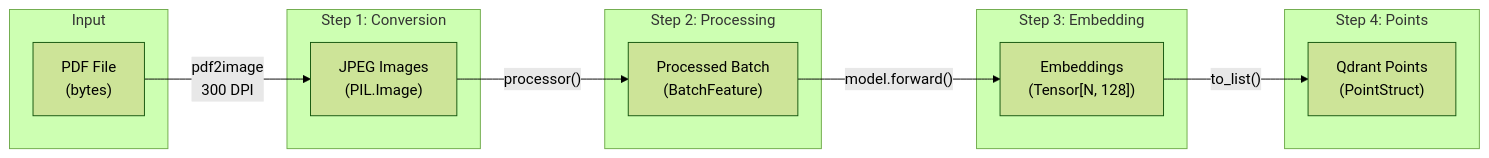
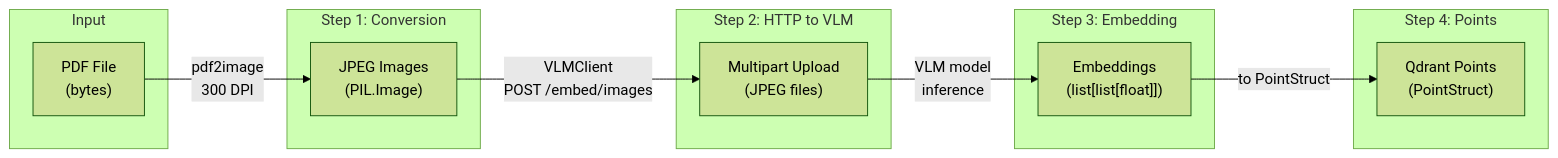
Before and after one commit to akosgintl/colpali-rag-app: the third of 10 diagrams in docs/data-flow.md, drawn with Mermaid (forest theme). The commit also changed other lines of this file and 84 other files, not shown here.

````diff
--- a/docs/data-flow.md
+++ b/docs/data-flow.md
@@ -91,27 +103,27 @@
 ```mermaid
 graph LR
     subgraph Input
         A["PDF File\n(bytes)"]
     end
 
     subgraph Step1["Step 1: Conversion"]
         B["JPEG Images\n(PIL.Image)"]
     end
 
-    subgraph Step2["Step 2: Processing"]
-        C["Processed Batch\n(BatchFeature)"]
+    subgraph Step2["Step 2: HTTP to VLM"]
+        C["Multipart Upload\n(JPEG files)"]
     end
 
     subgraph Step3["Step 3: Embedding"]
-        D["Embeddings\n(Tensor[N, 128])"]
+        D["Embeddings\n(list[list[float]])"]
     end
 
     subgraph Step4["Step 4: Points"]
         E["Qdrant Points\n(PointStruct)"]
     end
 
     A -->|"pdf2image\n300 DPI"| B
-    B -->|"processor()"| C
-    C -->|"model.forward()"| D
-    D -->|"to_list()"| E
+    B -->|"VLMClient\nPOST /embed/images"| C
+    C -->|"VLM model\ninference"| D
+    D -->|"to PointStruct"| E
 ```
````
